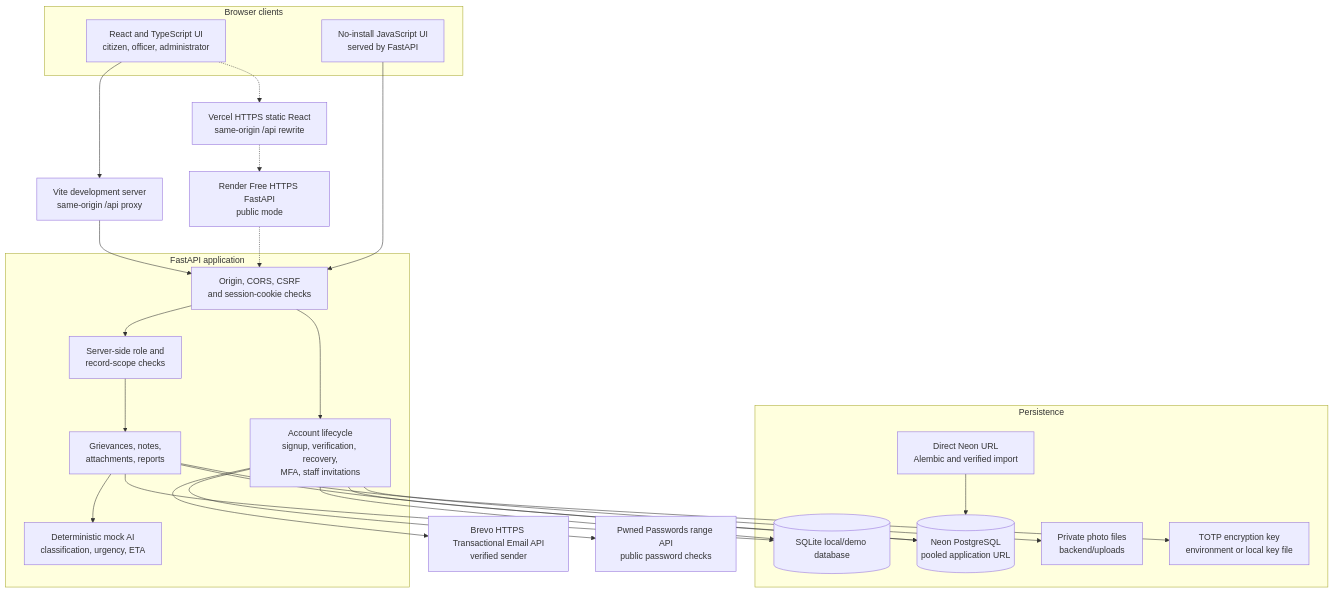
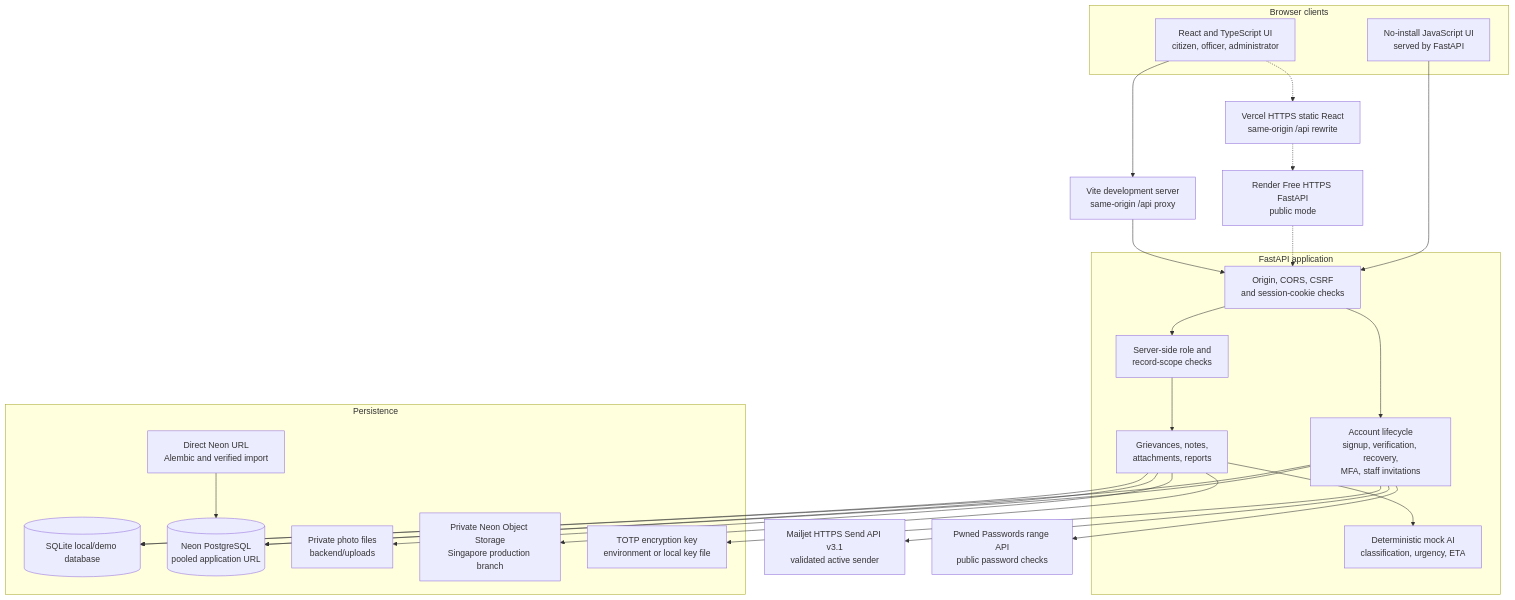
One commit to 9553943884pavan-alt/NagrkiOS changed the diagram in docs/ARCHITECTURE.md. Above: the diagram before and after it, drawn with Mermaid. The commit also changed other lines of this file and 123 other files, not shown here.

````diff
--- a/docs/ARCHITECTURE.md
+++ b/docs/ARCHITECTURE.md
@@ -5,46 +5,48 @@
 ```mermaid
 flowchart TB
   subgraph Browser["Browser clients"]
     React["React and TypeScript UI<br/>citizen, officer, administrator"]
     Lite["No-install JavaScript UI<br/>served by FastAPI"]
   end
 
   Vite["Vite development server<br/>same-origin /api proxy"]
   Vercel["Vercel HTTPS static React<br/>same-origin /api rewrite"]
   Render["Render Free HTTPS FastAPI<br/>public mode"]
 
   subgraph Backend["FastAPI application"]
     Guard["Origin, CORS, CSRF<br/>and session-cookie checks"]
     Account["Account lifecycle<br/>signup, verification, recovery,<br/>MFA, staff invitations"]
     Scope["Server-side role and<br/>record-scope checks"]
     Cases["Grievances, notes,<br/>attachments, reports"]
     Heuristics["Deterministic mock AI<br/>classification, urgency, ETA"]
   end
 
   subgraph Persistence["Persistence"]
     DB[(SQLite local/demo database)]
     PG[(Neon PostgreSQL<br/>pooled application URL)]
     Direct["Direct Neon URL<br/>Alembic and verified import"]
     Photos["Private photo files<br/>backend/uploads"]
+    Objects["Private Neon Object Storage<br/>Singapore production branch"]
     MFAKey["TOTP encryption key<br/>environment or local key file"]
   end
 
-  Brevo["Brevo HTTPS Transactional Email API<br/>verified sender"]
+  Mailjet["Mailjet HTTPS Send API v3.1<br/>validated active sender"]
   PasswordCheck["Pwned Passwords range API<br/>public password checks"]
 
   React --> Vite --> Guard
   React -.-> Vercel -.-> Render -.-> Guard
   Lite --> Guard
   Guard --> Account
   Guard --> Scope --> Cases
   Cases --> Heuristics
   Cases --> DB
   Cases --> PG
   Cases --> Photos
+  Cases --> Objects
   Account --> DB
   Account --> PG
   Direct --> PG
   Account --> MFAKey
-  Account --> Brevo
+  Account --> Mailjet
   Account --> PasswordCheck
 ```
````
